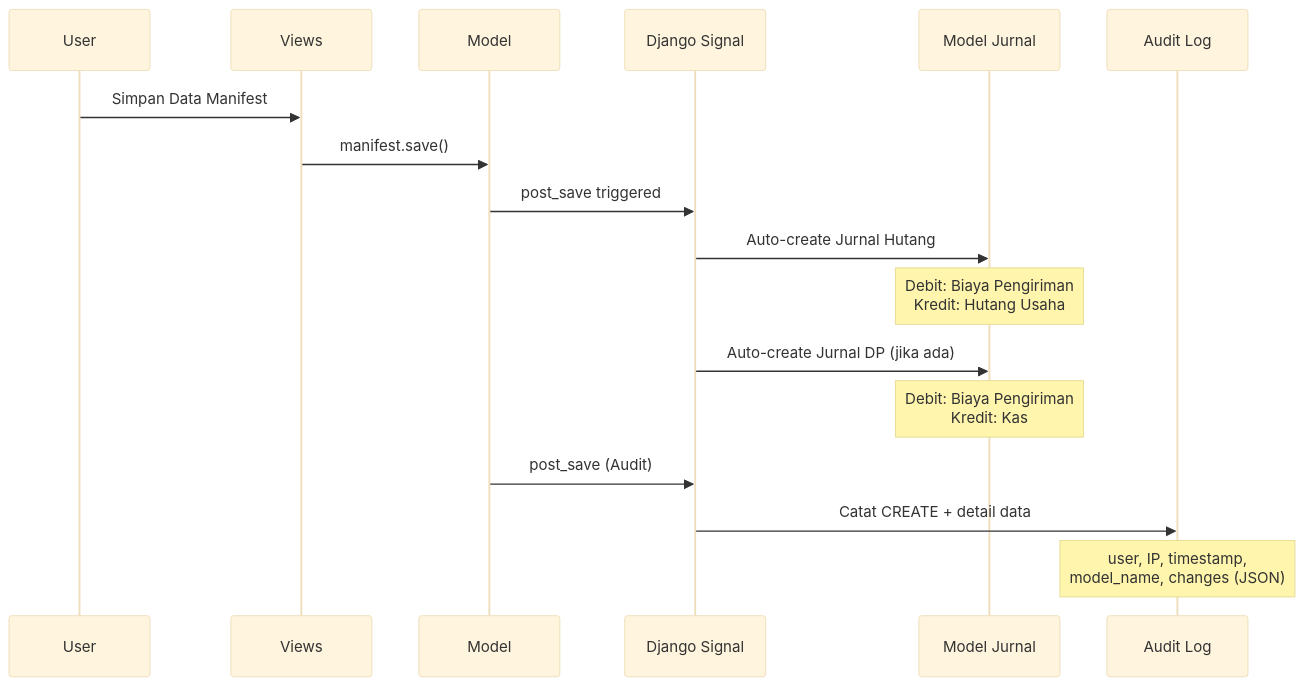
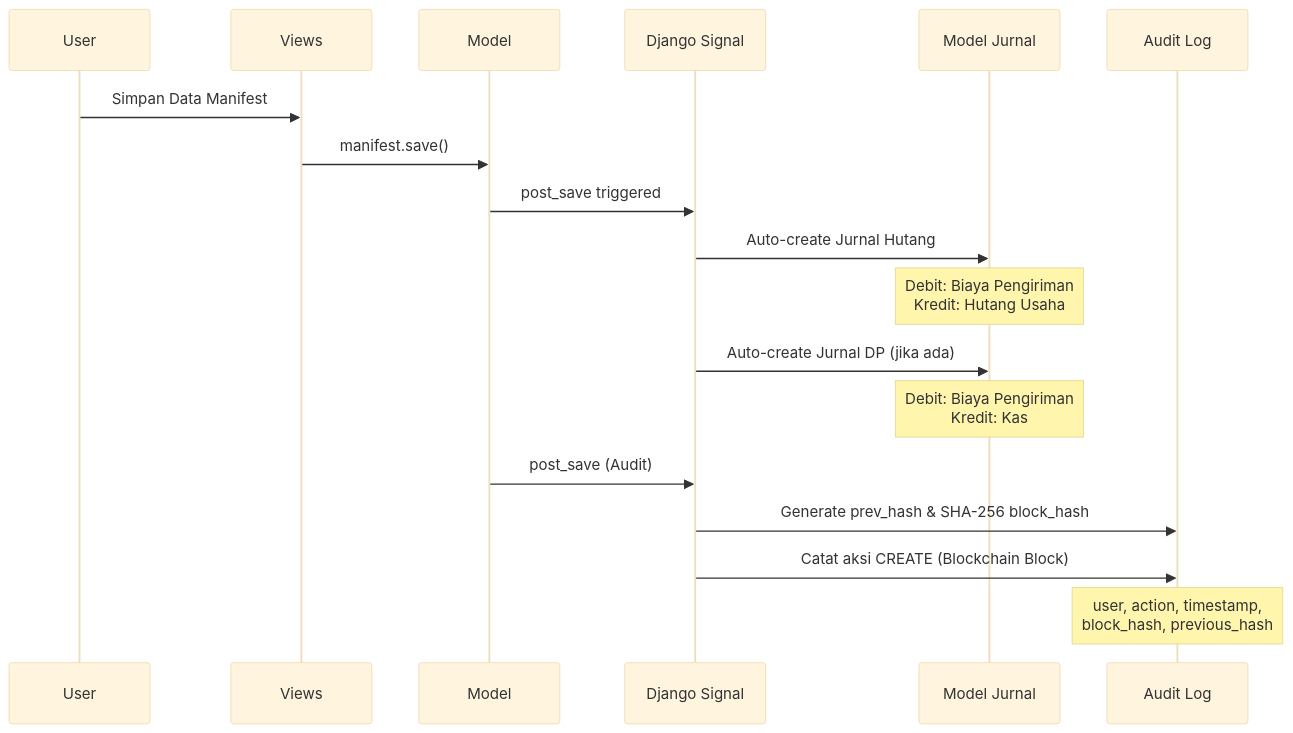
One commit to bmmcargo/dashboard-accountant changed the fifth of 7 diagrams in README.md. Above: the diagram before and after it, drawn with Mermaid (base theme). The commit also changed other lines of this file and 16 other files, not shown here.

First line of the commit message:
feat: implement blockchain explorer with audit trail verification

````diff
--- a/README.md
+++ b/README.md
@@ -435,20 +444,21 @@
 ```mermaid
 sequenceDiagram
     participant User
     participant Views
     participant Model
     participant Signal as Django Signal
     participant Jurnal as Model Jurnal
     participant AuditLog as Audit Log
 
     User->>Views: Simpan Data Manifest
     Views->>Model: manifest.save()
     Model->>Signal: post_save triggered
     Signal->>Jurnal: Auto-create Jurnal Hutang
     Note over Jurnal: Debit: Biaya Pengiriman<br/>Kredit: Hutang Usaha
     Signal->>Jurnal: Auto-create Jurnal DP (jika ada)
     Note over Jurnal: Debit: Biaya Pengiriman<br/>Kredit: Kas
     Model->>Signal: post_save (Audit)
-    Signal->>AuditLog: Catat CREATE + detail data
-    Note over AuditLog: user, IP, timestamp,<br/>model_name, changes (JSON)
+    Signal->>AuditLog: Generate prev_hash & SHA-256 block_hash
+    Signal->>AuditLog: Catat aksi CREATE (Blockchain Block)
+    Note over AuditLog: user, action, timestamp,<br/>block_hash, previous_hash
 ```
````
